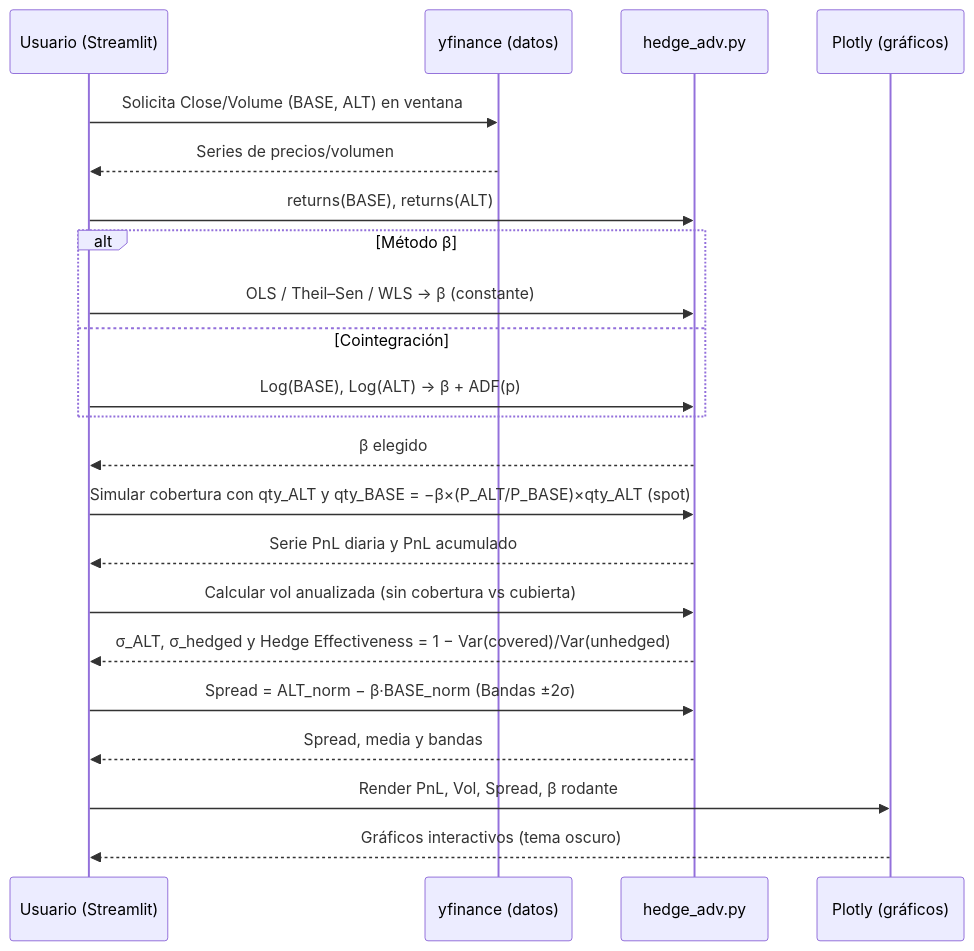
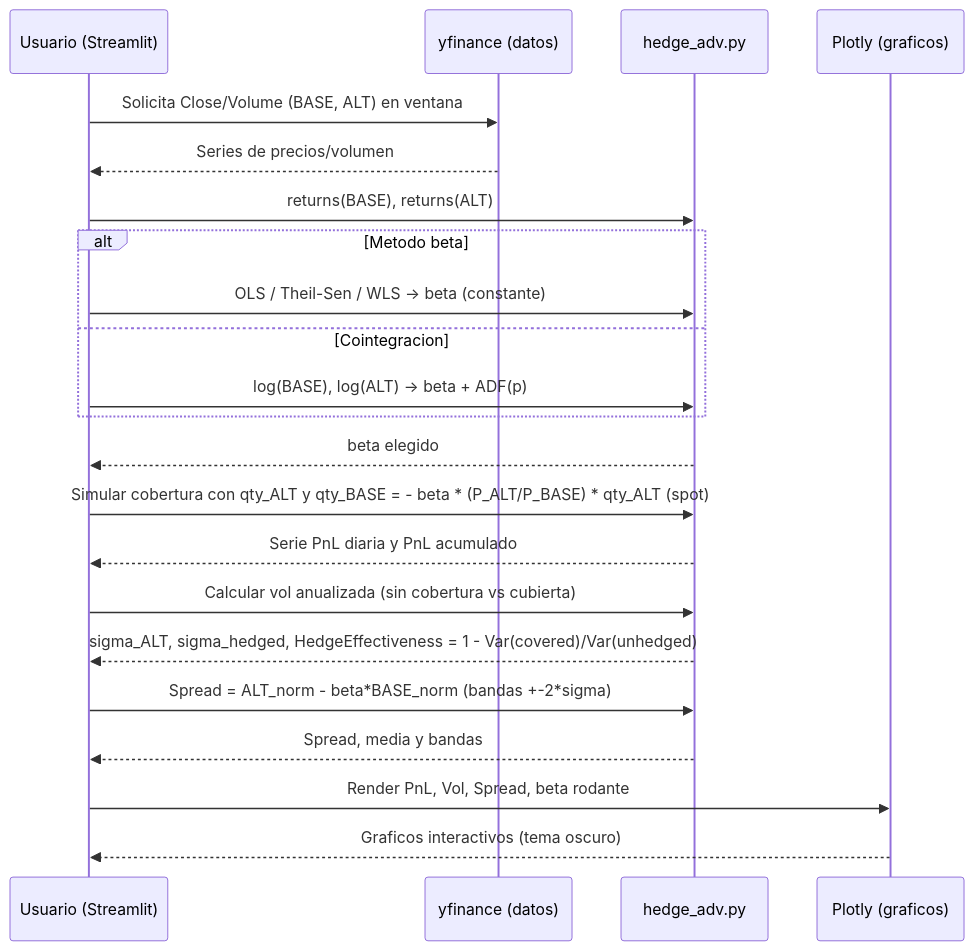
The second of 3 diagrams in README.md (inversionista/Etfs_apalancados), drawn with Mermaid before and after one commit. The commit also changed other lines of this file, not shown here.

Commit message:
Se agrega diagrama a README.md

````diff
--- a/README.md
+++ b/README.md
@@ -84,29 +81,30 @@
 ```mermaid
 sequenceDiagram
   participant UI as Usuario (Streamlit)
   participant DL as yfinance (datos)
   participant HA as hedge_adv.py
-  participant PL as Plotly (gráficos)
+  participant PL as Plotly (graficos)
 
   UI->>DL: Solicita Close/Volume (BASE, ALT) en ventana
   DL-->>UI: Series de precios/volumen
   UI->>HA: returns(BASE), returns(ALT)
-  alt Método β
-    UI->>HA: OLS / Theil–Sen / WLS → β (constante)
-  else Cointegración
-    UI->>HA: Log(BASE), Log(ALT) → β + ADF(p)
+
+  alt Metodo beta
+    UI->>HA: OLS / Theil-Sen / WLS -> beta (constante)
+  else Cointegracion
+    UI->>HA: log(BASE), log(ALT) -> beta + ADF(p)
   end
-  HA-->>UI: β elegido
+  HA-->>UI: beta elegido
 
-  UI->>HA: Simular cobertura con qty_ALT y qty_BASE = −β×(P_ALT/P_BASE)×qty_ALT (spot)
+  UI->>HA: Simular cobertura con qty_ALT y qty_BASE = - beta * (P_ALT/P_BASE) * qty_ALT (spot)
   HA-->>UI: Serie PnL diaria y PnL acumulado
 
   UI->>HA: Calcular vol anualizada (sin cobertura vs cubierta)
-  HA-->>UI: σ_ALT, σ_hedged y Hedge Effectiveness = 1 − Var(covered)/Var(unhedged)
+  HA-->>UI: sigma_ALT, sigma_hedged, HedgeEffectiveness = 1 - Var(covered)/Var(unhedged)
 
-  UI->>HA: Spread = ALT_norm − β·BASE_norm (Bandas ±2σ)
+  UI->>HA: Spread = ALT_norm - beta*BASE_norm (bandas +-2*sigma)
   HA-->>UI: Spread, media y bandas
 
-  UI->>PL: Render PnL, Vol, Spread, β rodante
-  PL-->>UI: Gráficos interactivos (tema oscuro)
+  UI->>PL: Render PnL, Vol, Spread, beta rodante
+  PL-->>UI: Graficos interactivos (tema oscuro)
 ```
````
